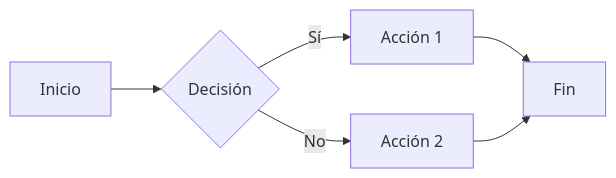
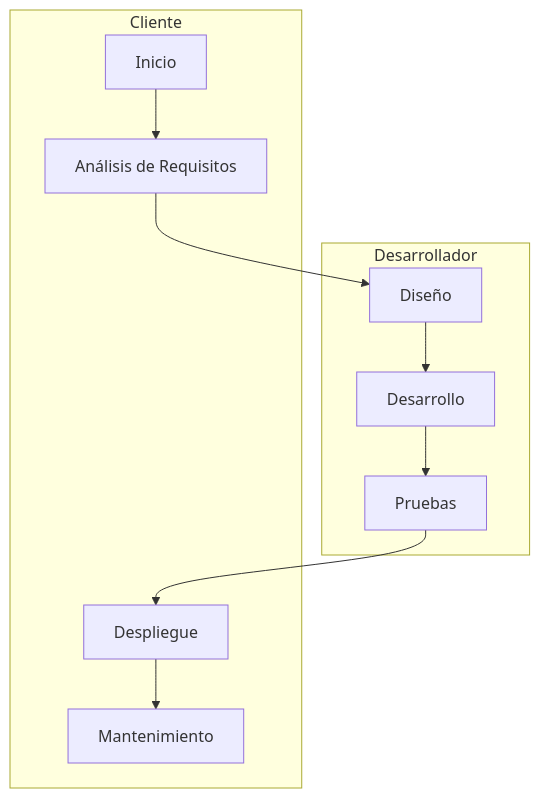
Before and after one commit to andres0usb/andres0usb: the first of 3 diagrams in experimental.md, drawn with Mermaid. The commit also changed other lines of this file, not shown here.

First line of the commit message:
diagramas

````diff
--- a/experimental.md
+++ b/experimental.md
@@ -15,8 +13,22 @@
 ```mermaid
-graph LR
-    A[Inicio] --> B{Decisión}
-    B -->|Sí| C[Acción 1]
-    B -->|No| D[Acción 2]
-    C --> E[Fin]
-    D --> E[Fin]
+graph TD;
+    A[Inicio] --> B[Análisis de Requisitos];
+    B --> C[Diseño];
+    C --> D[Desarrollo];
+    D --> E[Pruebas];
+    E --> F[Despliegue];
+    F --> G[Mantenimiento];
+
+    subgraph Desarrollador
+        C;
+        D;
+        E;
+    end
+
+    subgraph Cliente
+        A;
+        B;
+        F;
+        G;
+    end
 ```
````
